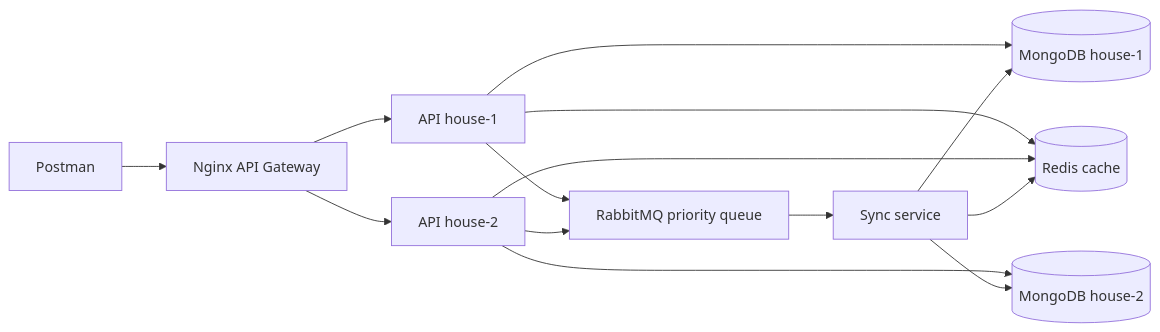
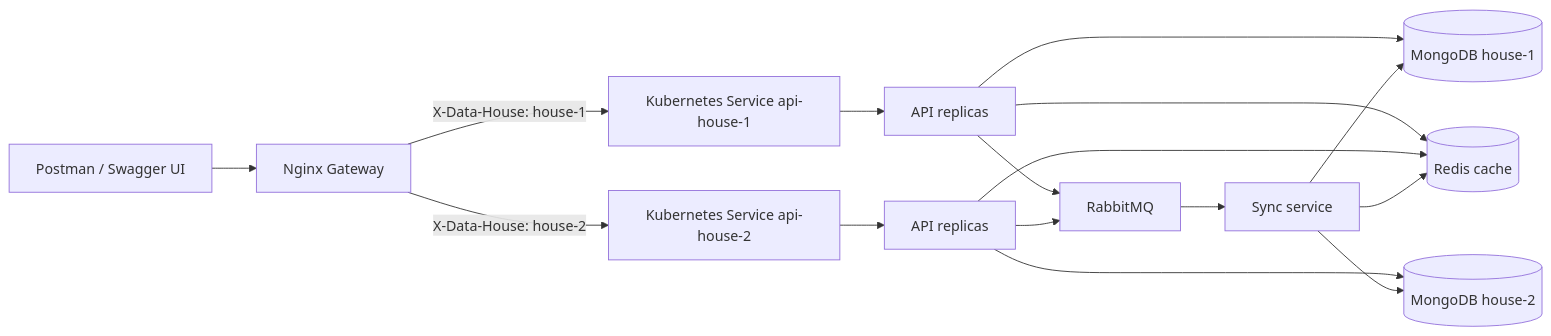
Before and after one commit to ag234ag/laboratoare_PAD: the diagram in README.md, drawn with Mermaid. The commit also changed other lines of this file and 6 other files, not shown here.

````diff
--- a/README.md
+++ b/README.md
@@ -11,16 +9,18 @@
 ```mermaid
 flowchart LR
-    C[Postman] --> G[Nginx API Gateway]
-    G --> A1[API house-1]
-    G --> A2[API house-2]
+    C[Postman / Swagger UI] --> G[Nginx Gateway]
+    G -->|X-Data-House: house-1| S1[Kubernetes Service api-house-1]
+    G -->|X-Data-House: house-2| S2[Kubernetes Service api-house-2]
+    S1 --> A1[API replicas]
+    S2 --> A2[API replicas]
     A1 --> M1[(MongoDB house-1)]
     A2 --> M2[(MongoDB house-2)]
     A1 --> R[(Redis cache)]
     A2 --> R
-    A1 --> Q[RabbitMQ priority queue]
+    A1 --> Q[RabbitMQ]
     A2 --> Q
-    Q --> S[Sync service]
-    S --> M1
-    S --> M2
-    S --> R
+    Q --> Y[Sync service]
+    Y --> M1
+    Y --> M2
+    Y --> R
 ```
````
